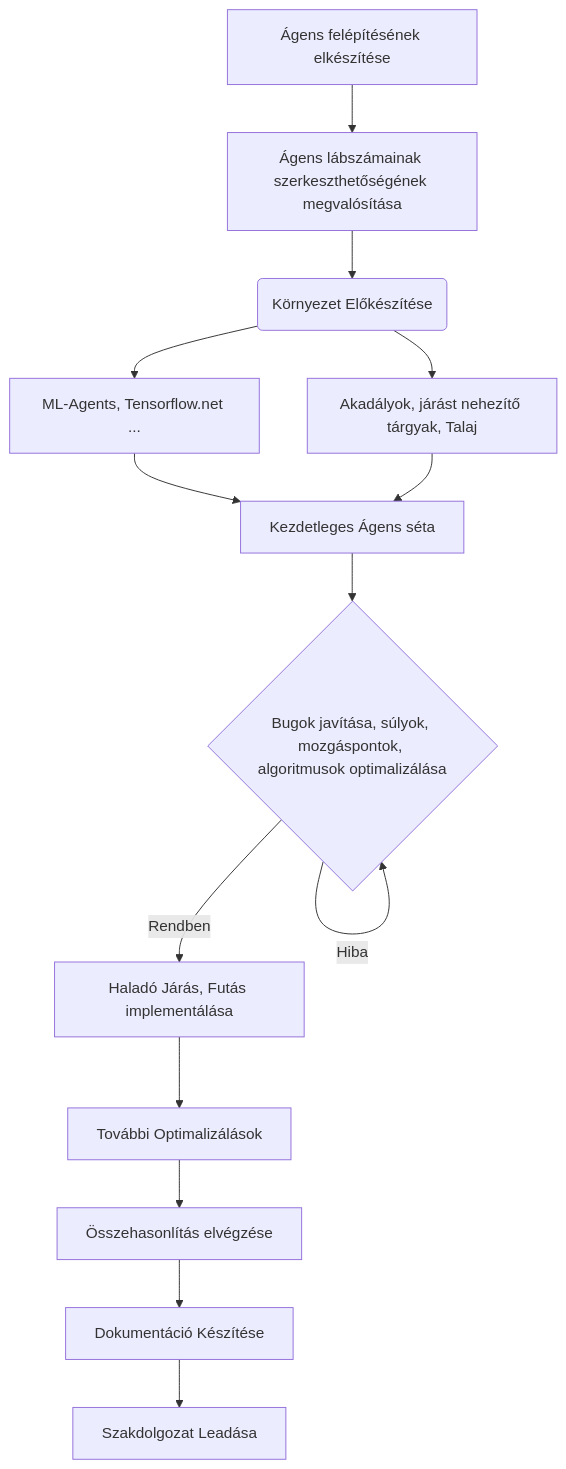
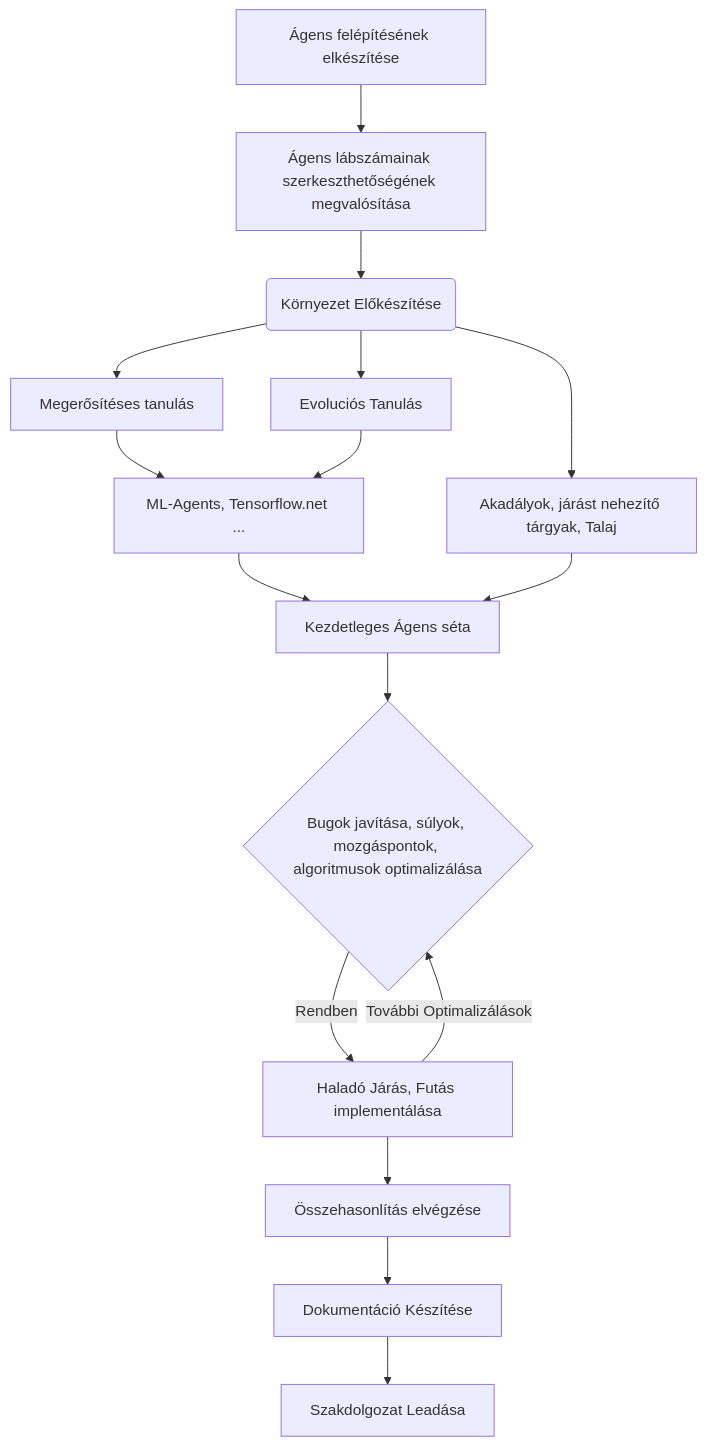
One commit to EgressyAndras/2025-26_Egressy_Andras_Szakdolgozat_RL_vs_EVOLUTION changed the diagram in README.md. Above: the diagram before and after it, drawn with Mermaid. The commit also changed other lines of this file, not shown here.

````diff
--- a/README.md
+++ b/README.md
@@ -42,16 +42,16 @@
 ```mermaid
 graph TD
 A[Ágens felépítésének elkészítése]
     A --> B[Ágens lábszámainak szerkeszthetőségének megvalósítása]
     B --> C(Környezet Előkészítése)
-    C --> D[ML-Agents, Tensorflow.net ...]
+    C --> M[Megerősítéses tanulás] --> D[ML-Agents, Tensorflow.net ...]
     C --> E[Akadályok, járást nehezítő tárgyak, Talaj]
+    C --> N[Evoluciós Tanulás] --> D
     D --> F[Kezdetleges Ágens séta]
     E --> F --> G{Bugok javítása, súlyok, mozgáspontok, algoritmusok optimalizálása} --> |Rendben|H[Haladó Járás, Futás implementálása]
-    G --> |Hiba|G
-    H --> I[További Optimalizálások]
-    I --> J[Összehasonlítás elvégzése]
+    H --> |További Optimalizálások|G
+    H --> J[Összehasonlítás elvégzése]
     J --> K[Dokumentáció Készítése]
     K --> L[Szakdolgozat Leadása]
 
 ```
````
